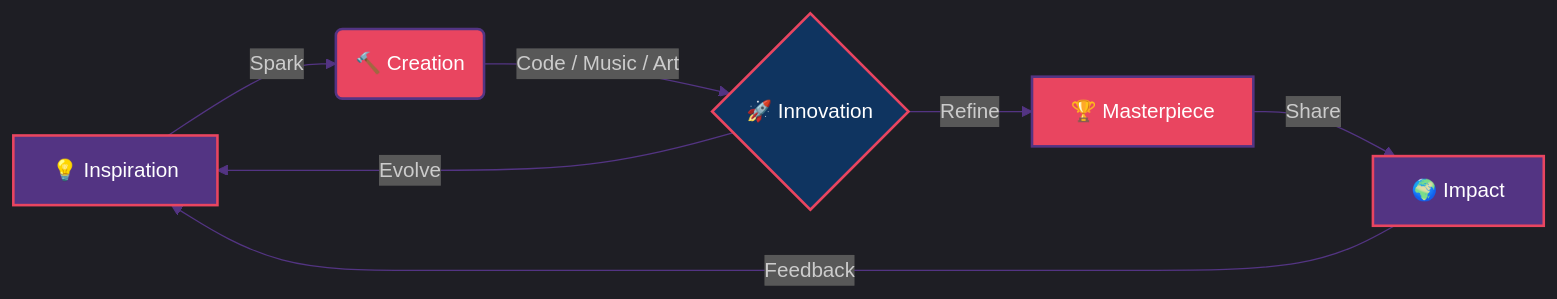
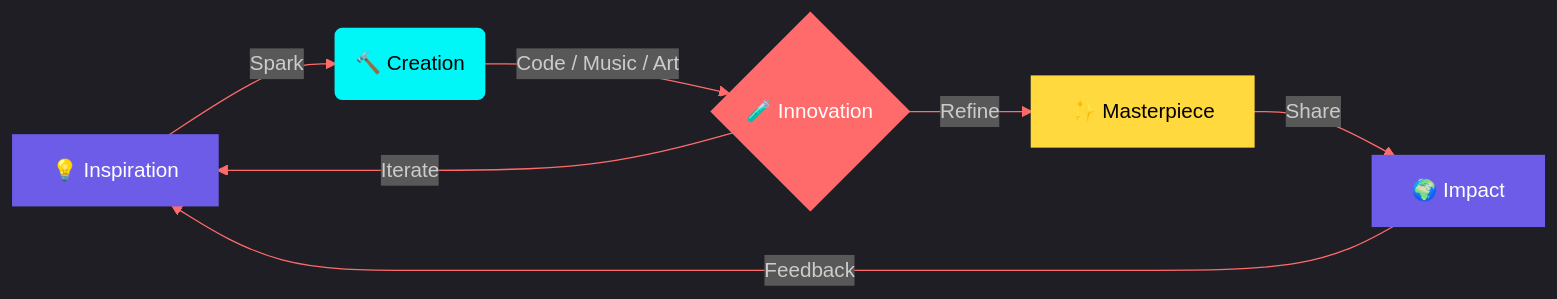
One commit to iakadion/iakadion changed the diagram in README.md. Above: the diagram before and after it, drawn with Mermaid. The commit also changed other lines of this file, not shown here.

````diff
--- a/README.md
+++ b/README.md
@@ -526,15 +517,16 @@
 ```mermaid
-%%{init: {'theme':'dark', 'themeVariables': {'primaryColor': '#e94560', 'primaryTextColor': '#fff', 'lineColor': '#533483', 'secondaryColor': '#1a0a2e'}}}%%
+%%{init: {'theme':'dark', 'themeVariables': {'primaryColor': '#00f7f7', 'primaryTextColor': '#fff', 'primaryBorderColor': '#6c5ce7', 'lineColor': '#ff6b6b', 'secondaryColor': '#0d1117', 'tertiaryColor': '#161b22'}}}%%
 graph LR
-    A[💡 Inspiration] -->|Spark| B(🔨 Creation)
-    B -->|Code / Music / Art| C{🚀 Innovation}
-    C -->|Refine| D[🏆 Masterpiece]
-    C -->|Evolve| A
-    D -->|Share| E[🌍 Impact]
-    E -->|Feedback| A
-    style A fill:#533483,stroke:#e94560,stroke-width:2px,color:#fff
-    style B fill:#e94560,stroke:#533483,stroke-width:2px,color:#fff
-    style C fill:#0f3460,stroke:#e94560,stroke-width:2px,color:#fff
-    style D fill:#e94560,stroke:#533483,stroke-width:2px,color:#fff
-    style E fill:#533483,stroke:#e94560,stroke-width:2px,color:#fff
+    A["💡 Inspiration"] -->|"Spark"| B("🔨 Creation")
+    B -->|"Code / Music / Art"| C{"🧪 Innovation"}
+    C -->|"Refine"| D["✨ Masterpiece"]
+    C -->|"Iterate"| A
+    D -->|"Share"| E["🌍 Impact"]
+    E -->|"Feedback"| A
+
+    style A fill:#6c5ce7,stroke:#6c5ce7,stroke-width:2px,color:#fff
+    style B fill:#00f7f7,stroke:#00f7f7,stroke-width:2px,color:#000
+    style C fill:#ff6b6b,stroke:#ff6b6b,stroke-width:2px,color:#fff
+    style D fill:#ffd93d,stroke:#ffd93d,stroke-width:2px,color:#000
+    style E fill:#6c5ce7,stroke:#6c5ce7,stroke-width:2px,color:#fff
 ```
````
